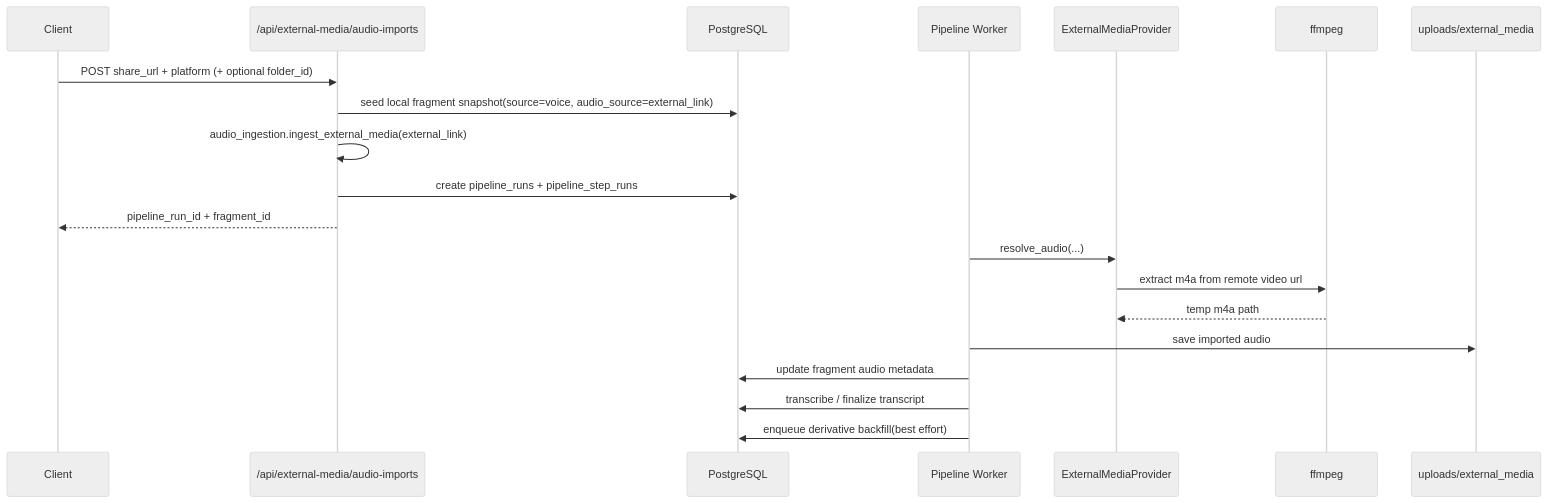
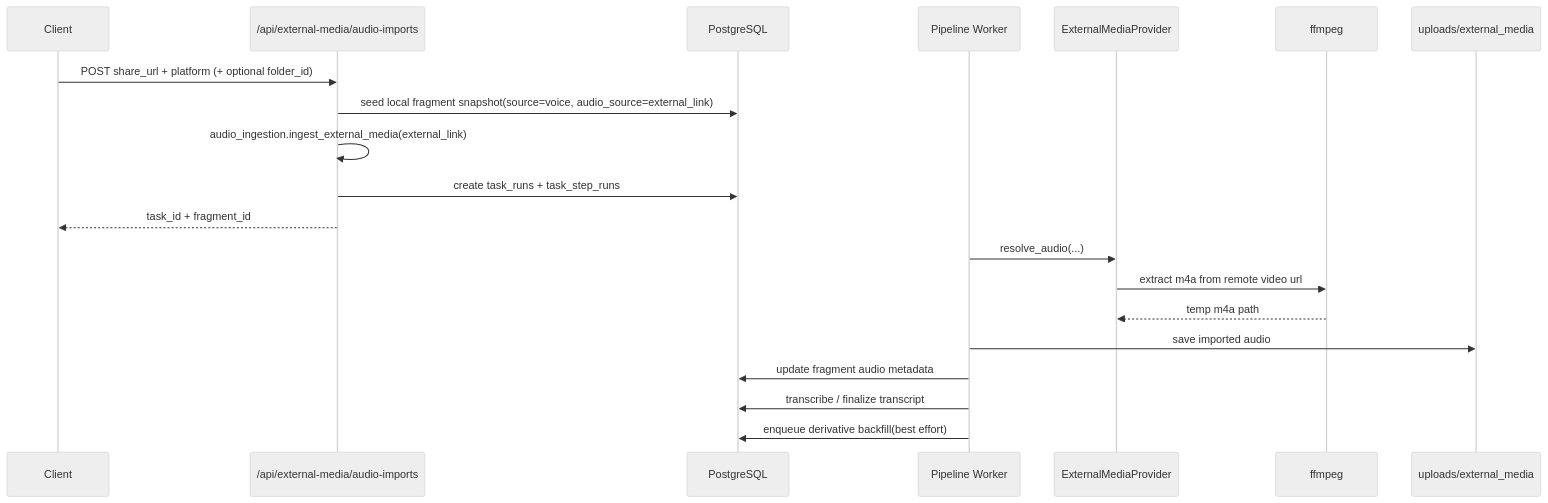
Before and after one commit to YCZA2/SparkFlow: the fifth of 10 diagrams in memory-bank/architecture.md, drawn with Mermaid (neutral theme). The commit also changed other lines of this file and 68 other files, not shown here.

First line of the commit message:
refactor: 将 pipeline 重命名为 task，保留兼容层

````diff
--- a/memory-bank/architecture.md
+++ b/memory-bank/architecture.md
@@ -439,23 +441,23 @@
 ```mermaid
 sequenceDiagram
     participant App as Client
     participant API as /api/external-media/audio-imports
     participant DB as PostgreSQL
     participant PIPE as Pipeline Worker
     participant Provider as ExternalMediaProvider
     participant FF as ffmpeg
     participant FS as uploads/external_media
 
     App->>API: POST share_url + platform (+ optional folder_id)
     API->>DB: seed local fragment snapshot(source=voice, audio_source=external_link)
     API->>API: audio_ingestion.ingest_external_media(external_link)
-    API->>DB: create pipeline_runs + pipeline_step_runs
-    API-->>App: pipeline_run_id + fragment_id
+    API->>DB: create task_runs + task_step_runs
+    API-->>App: task_id + fragment_id
     PIPE->>Provider: resolve_audio(...)
     Provider->>FF: extract m4a from remote video url
     FF-->>Provider: temp m4a path
     PIPE->>FS: save imported audio
     PIPE->>DB: update fragment audio metadata
     PIPE->>DB: transcribe / finalize transcript
     PIPE->>DB: enqueue derivative backfill(best effort)
 ```
````
